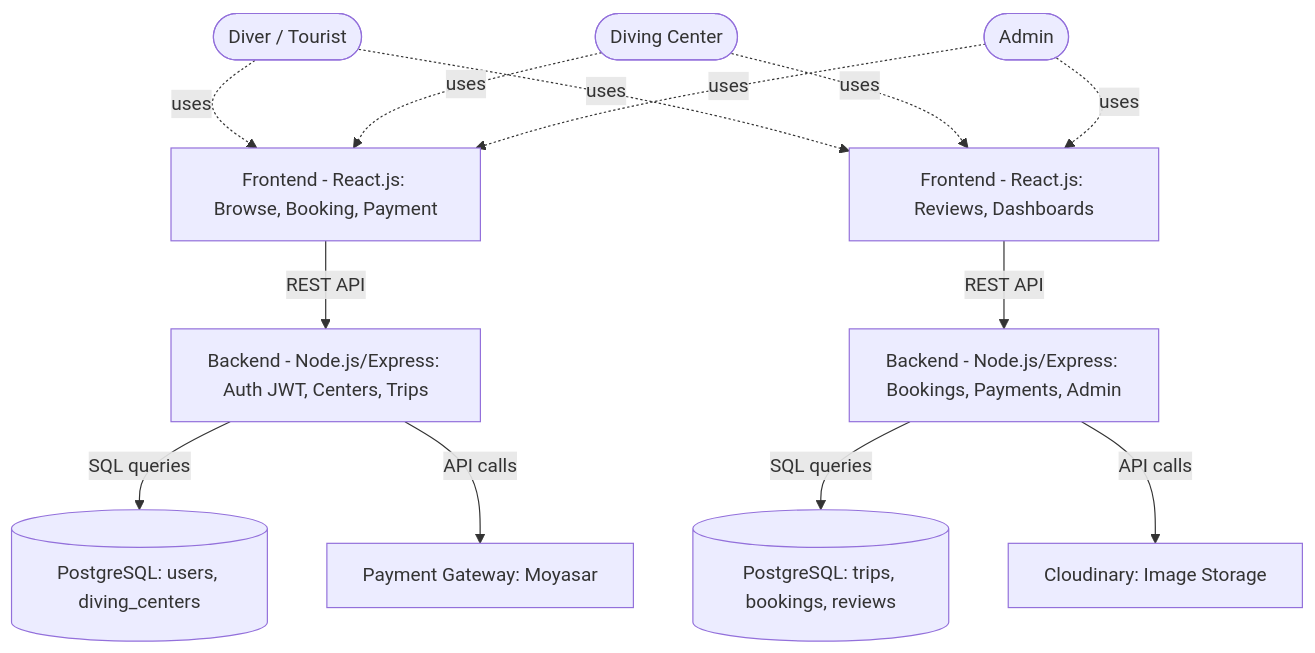
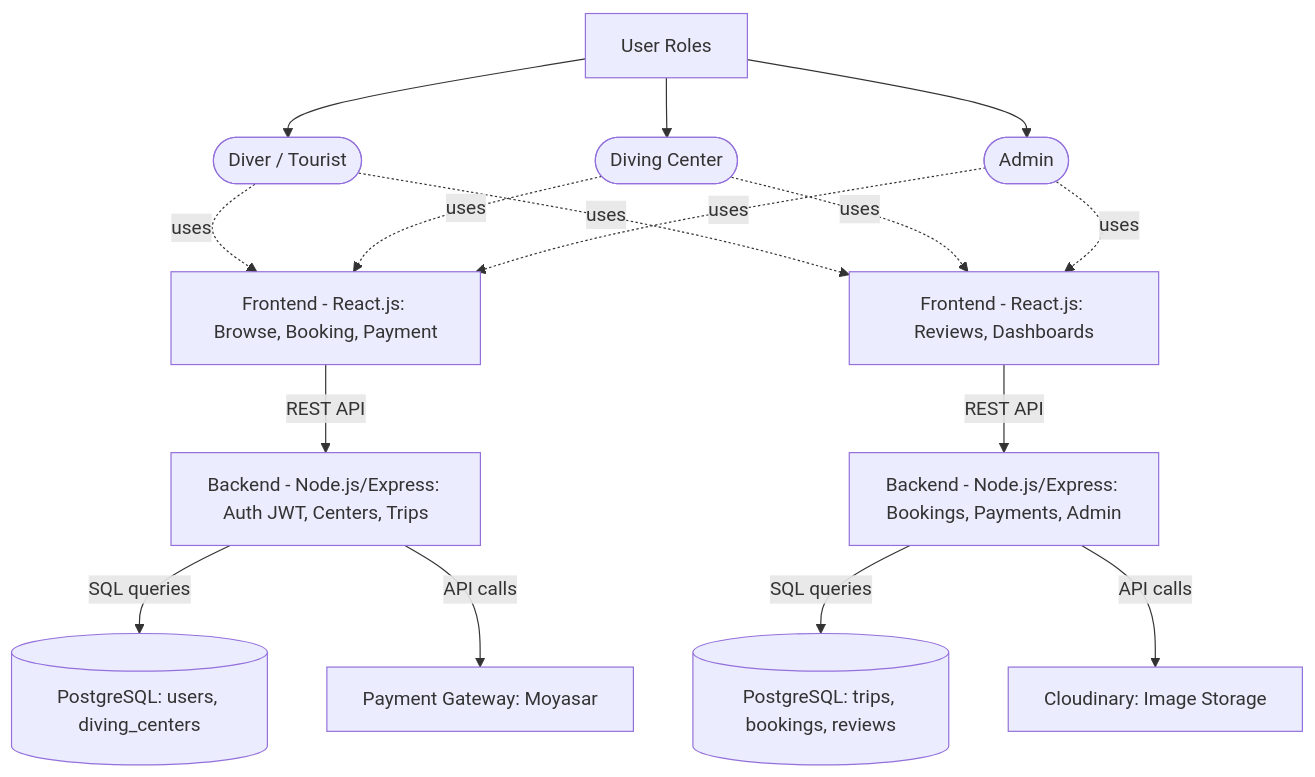
Before and after one commit to laradreamer79/Portfolio-Project: the first of 6 diagrams in stage3/README.md, drawn with Mermaid.

Commit message:
Add User Roles header box that branches to the three oval-shaped actor nodes

````diff
--- a/stage3/README.md
+++ b/stage3/README.md
@@ -81,32 +81,33 @@
 ```mermaid
 flowchart TB
-    %% External users — not part of the system itself
-    actor1([Diver / Tourist])
-    actor2([Diving Center])
-    actor3([Admin])
+    Roles[User Roles]
+
+    Roles --> actor1([Diver / Tourist])
+    Roles --> actor2([Diving Center])
+    Roles --> actor3([Admin])
 
     F1[Frontend - React.js: Browse, Booking, Payment]
     F2[Frontend - React.js: Reviews, Dashboards]
     B1[Backend - Node.js/Express: Auth JWT, Centers, Trips]
     B2[Backend - Node.js/Express: Bookings, Payments, Admin]
     D1[(PostgreSQL: users, diving_centers)]
     D2[(PostgreSQL: trips, bookings, reviews)]
     E1[Payment Gateway: Moyasar]
     E2[Cloudinary: Image Storage]
 
     actor1 -.->|uses| F1
     actor1 -.->|uses| F2
     actor2 -.->|uses| F1
     actor2 -.->|uses| F2
     actor3 -.->|uses| F1
     actor3 -.->|uses| F2
 
     F1 -->|REST API| B1
     F2 -->|REST API| B2
 
     B1 -->|SQL queries| D1
     B2 -->|SQL queries| D2
 
     B1 -->|API calls| E1
     B2 -->|API calls| E2
 ```
````
